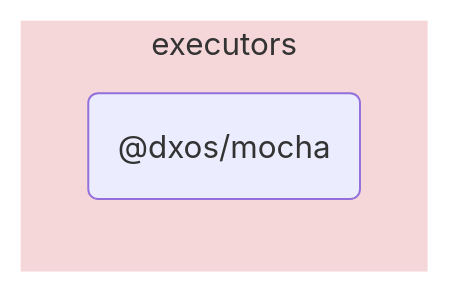
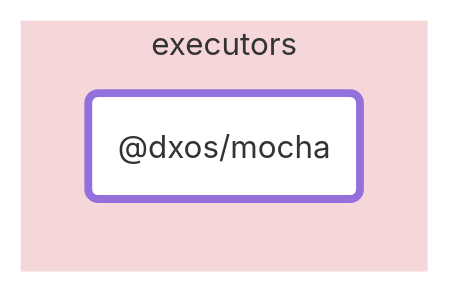
Before and after one commit to dxos/dxos: the diagram in tools/executors/mocha/docs/README.md, drawn with Mermaid. The commit also changed other lines of this file and 88 other files, not shown here.

````diff
--- a/tools/executors/mocha/docs/README.md
+++ b/tools/executors/mocha/docs/README.md
@@ -5,9 +7,12 @@
 ```mermaid
 flowchart LR;
+
+style dxos/mocha fill:#fff,stroke-width:4px;
+
 
 subgraph executors
   style executors fill:#f5d6d9,stroke:#fff;
   dxos/mocha("@dxos/mocha");
 end
 
 ```
````
